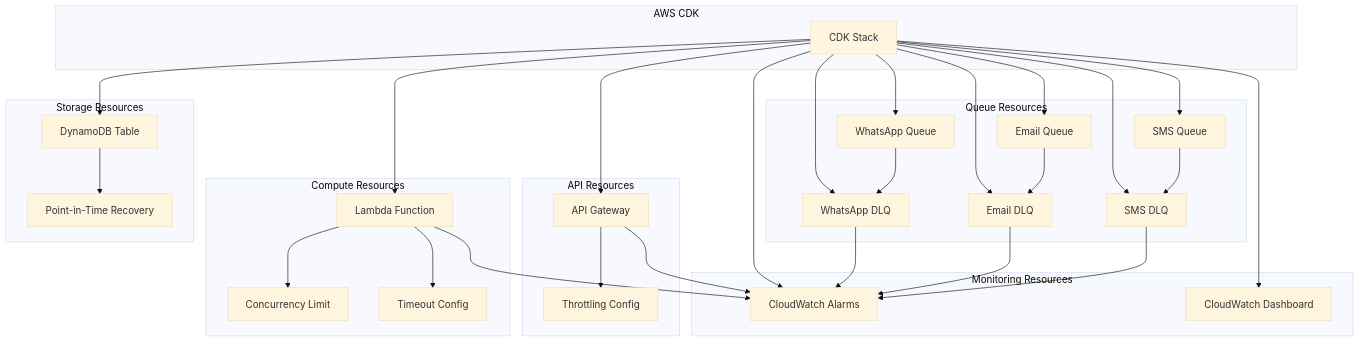
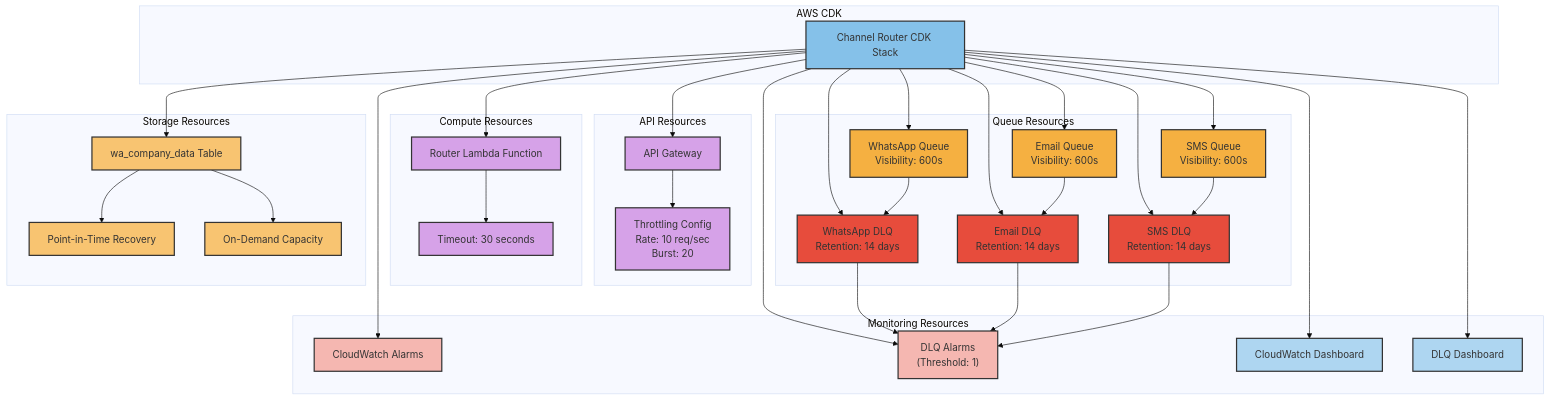
Before and after one commit to junksamiad/template-sender-engine: the sixth of 7 diagrams in lld/channel-router/channel-router-diagrams-v1.0.md, drawn with Mermaid (base theme). The commit also changed other lines of this file, not shown here.

Commit message:
Updated channel-router-diagrams-v1.0.md to align with channel router documentation

````diff
--- a/lld/channel-router/channel-router-diagrams-v1.0.md
+++ b/lld/channel-router/channel-router-diagrams-v1.0.md
@@ -259,37 +368,39 @@
 ```mermaid
 flowchart TD
     subgraph "AWS CDK"
-        CDK["CDK Stack"]
+        CDK["Channel Router CDK Stack"]
     end
     
     subgraph "API Resources"
         APIG["API Gateway"]
-        THROTTLE["Throttling Config"]
+        THROTTLE["Throttling Config<br/>Rate: 10 req/sec<br/>Burst: 20"]
     end
     
     subgraph "Compute Resources"
-        LAMBDA["Lambda Function"]
-        CONCUR["Concurrency Limit"]
-        TIMEOUT["Timeout Config"]
+        LAMBDA["Router Lambda Function"]
+        TIMEOUT["Timeout: 30 seconds"]
     end
     
     subgraph "Queue Resources"
-        WHATSAPP["WhatsApp Queue"]
-        EMAIL["Email Queue"]
-        SMS["SMS Queue"]
-        WDLQ["WhatsApp DLQ"]
-        EDLQ["Email DLQ"]
-        SDLQ["SMS DLQ"]
+        WHATSAPP["WhatsApp Queue<br/>Visibility: 600s"]
+        EMAIL["Email Queue<br/>Visibility: 600s"]
+        SMS["SMS Queue<br/>Visibility: 600s"]
+        WDLQ["WhatsApp DLQ<br/>Retention: 14 days"]
+        EDLQ["Email DLQ<br/>Retention: 14 days"]
+        SDLQ["SMS DLQ<br/>Retention: 14 days"]
     end
     
     subgraph "Storage Resources"
-        DYNTABLE["DynamoDB Table"]
+        DYNTABLE["wa_company_data Table"]
         PITR["Point-in-Time Recovery"]
+        OD["On-Demand Capacity"]
     end
     
     subgraph "Monitoring Resources"
         ALARMS["CloudWatch Alarms"]
+        DLQALARMS["DLQ Alarms<br/>(Threshold: 1)"]
         DASHBOARD["CloudWatch Dashboard"]
+        DLQDASH["DLQ Dashboard"]
     end
     
     CDK --> APIG
@@ -303,19 +414,38 @@
     CDK --> DYNTABLE
     CDK --> ALARMS
     CDK --> DASHBOARD
+    CDK --> DLQALARMS
+    CDK --> DLQDASH
     
     APIG --> THROTTLE
-    LAMBDA --> CONCUR
     LAMBDA --> TIMEOUT
     DYNTABLE --> PITR
+    DYNTABLE --> OD
     
     WHATSAPP --> WDLQ
     EMAIL --> EDLQ
     SMS --> SDLQ
     
-    WDLQ --> ALARMS
-    EDLQ --> ALARMS
-    SDLQ --> ALARMS
-    LAMBDA --> ALARMS
-    APIG --> ALARMS
+    WDLQ --> DLQALARMS
+    EDLQ --> DLQALARMS
+    SDLQ --> DLQALARMS
+    
+    style CDK fill:#85C1E9,stroke:#333,stroke-width:2px
+    style APIG fill:#D6A2E8,stroke:#333,stroke-width:2px
+    style THROTTLE fill:#D6A2E8,stroke:#333,stroke-width:2px
+    style LAMBDA fill:#D6A2E8,stroke:#333,stroke-width:2px
+    style TIMEOUT fill:#D6A2E8,stroke:#333,stroke-width:2px
+    style WHATSAPP fill:#F5B041,stroke:#333,stroke-width:2px
+    style EMAIL fill:#F5B041,stroke:#333,stroke-width:2px
+    style SMS fill:#F5B041,stroke:#333,stroke-width:2px
+    style WDLQ fill:#E74C3C,stroke:#333,stroke-width:2px
+    style EDLQ fill:#E74C3C,stroke:#333,stroke-width:2px
+    style SDLQ fill:#E74C3C,stroke:#333,stroke-width:2px
+    style DYNTABLE fill:#F8C471,stroke:#333,stroke-width:2px
+    style PITR fill:#F8C471,stroke:#333,stroke-width:2px
+    style OD fill:#F8C471,stroke:#333,stroke-width:2px
+    style ALARMS fill:#F5B7B1,stroke:#333,stroke-width:2px
+    style DLQALARMS fill:#F5B7B1,stroke:#333,stroke-width:2px
+    style DASHBOARD fill:#AED6F1,stroke:#333,stroke-width:2px
+    style DLQDASH fill:#AED6F1,stroke:#333,stroke-width:2px
 ```
````
